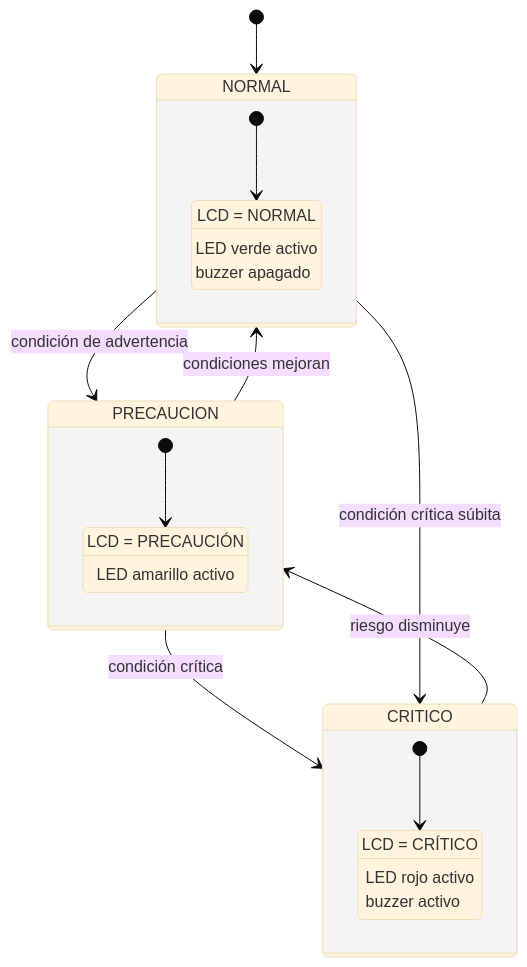
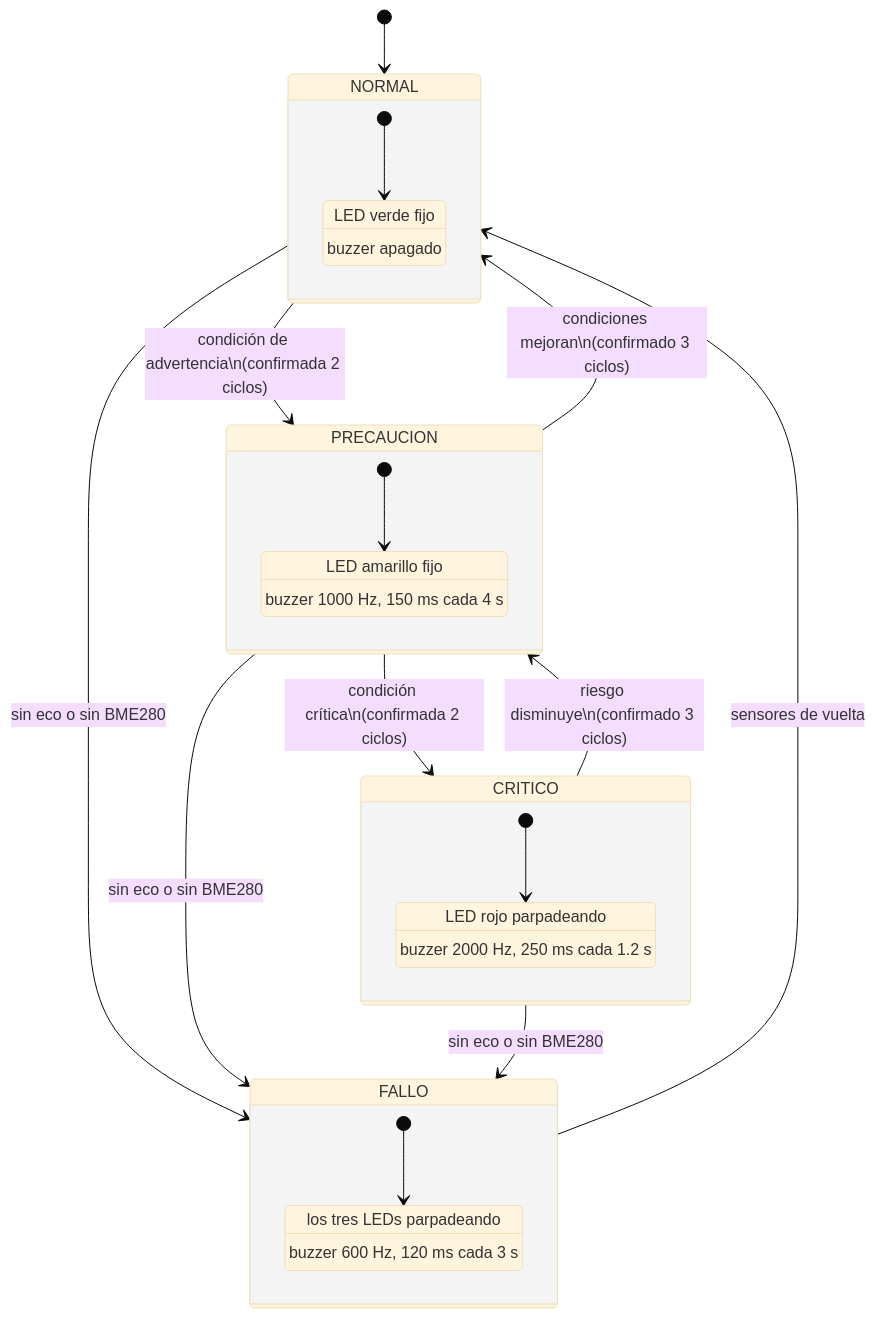
The first of 4 diagrams in wiki/03-Desarrollo-Modular.md (jorgis857/sistema-alerta-temprana-riesgo-hidrico), drawn with Mermaid (base theme) before and after one commit. The commit also changed other lines of this file and 13 other files, not shown here.

````diff
--- a/wiki/03-Desarrollo-Modular.md
+++ b/wiki/03-Desarrollo-Modular.md
@@ -177,30 +263,38 @@
 ```mermaid
 stateDiagram-v2
     [*] --> NORMAL
 
-    NORMAL --> PRECAUCION: condición de advertencia
-    PRECAUCION --> CRITICO: condición crítica
-    PRECAUCION --> NORMAL: condiciones mejoran
-    CRITICO --> PRECAUCION: riesgo disminuye
-    NORMAL --> CRITICO: condición crítica súbita
+    NORMAL --> PRECAUCION: condición de advertencia\n(confirmada 2 ciclos)
+    PRECAUCION --> CRITICO: condición crítica\n(confirmada 2 ciclos)
+    CRITICO --> PRECAUCION: riesgo disminuye\n(confirmado 3 ciclos)
+    PRECAUCION --> NORMAL: condiciones mejoran\n(confirmado 3 ciclos)
+
+    NORMAL --> FALLO: sin eco o sin BME280
+    PRECAUCION --> FALLO: sin eco o sin BME280
+    CRITICO --> FALLO: sin eco o sin BME280
+    FALLO --> NORMAL: sensores de vuelta
 
     state NORMAL {
         [*] --> LED_Verde
-        LED_Verde: LCD = NORMAL
-        LED_Verde: LED verde activo
+        LED_Verde: LED verde fijo
         LED_Verde: buzzer apagado
     }
 
     state PRECAUCION {
         [*] --> LED_Amarillo
-        LED_Amarillo: LCD = PRECAUCIÓN
-        LED_Amarillo: LED amarillo activo
+        LED_Amarillo: LED amarillo fijo
+        LED_Amarillo: buzzer 1000 Hz, 150 ms cada 4 s
     }
 
     state CRITICO {
         [*] --> LED_Rojo
-        LED_Rojo: LCD = CRÍTICO
-        LED_Rojo: LED rojo activo
-        LED_Rojo: buzzer activo
+        LED_Rojo: LED rojo parpadeando
+        LED_Rojo: buzzer 2000 Hz, 250 ms cada 1.2 s
+    }
+
+    state FALLO {
+        [*] --> Tres_LEDs
+        Tres_LEDs: los tres LEDs parpadeando
+        Tres_LEDs: buzzer 600 Hz, 120 ms cada 3 s
     }
 ```
````
